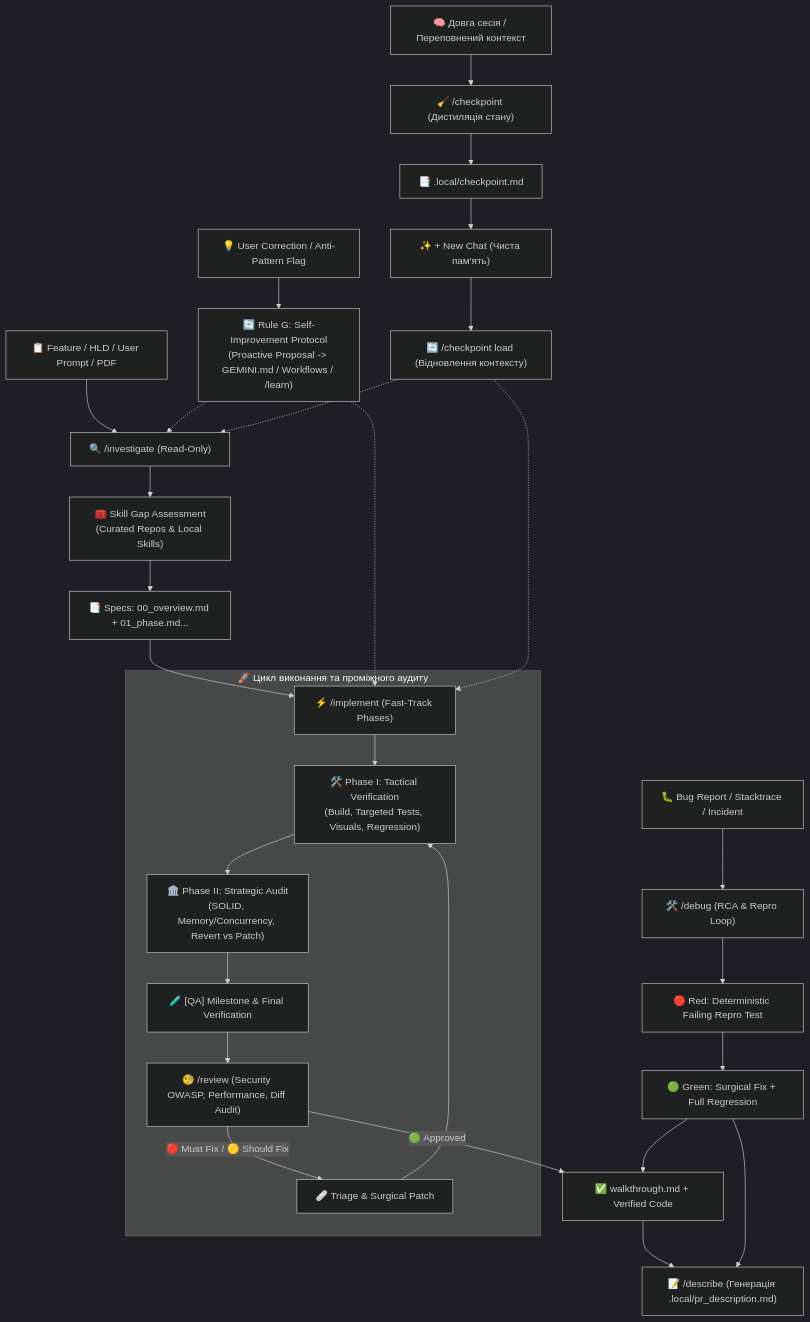
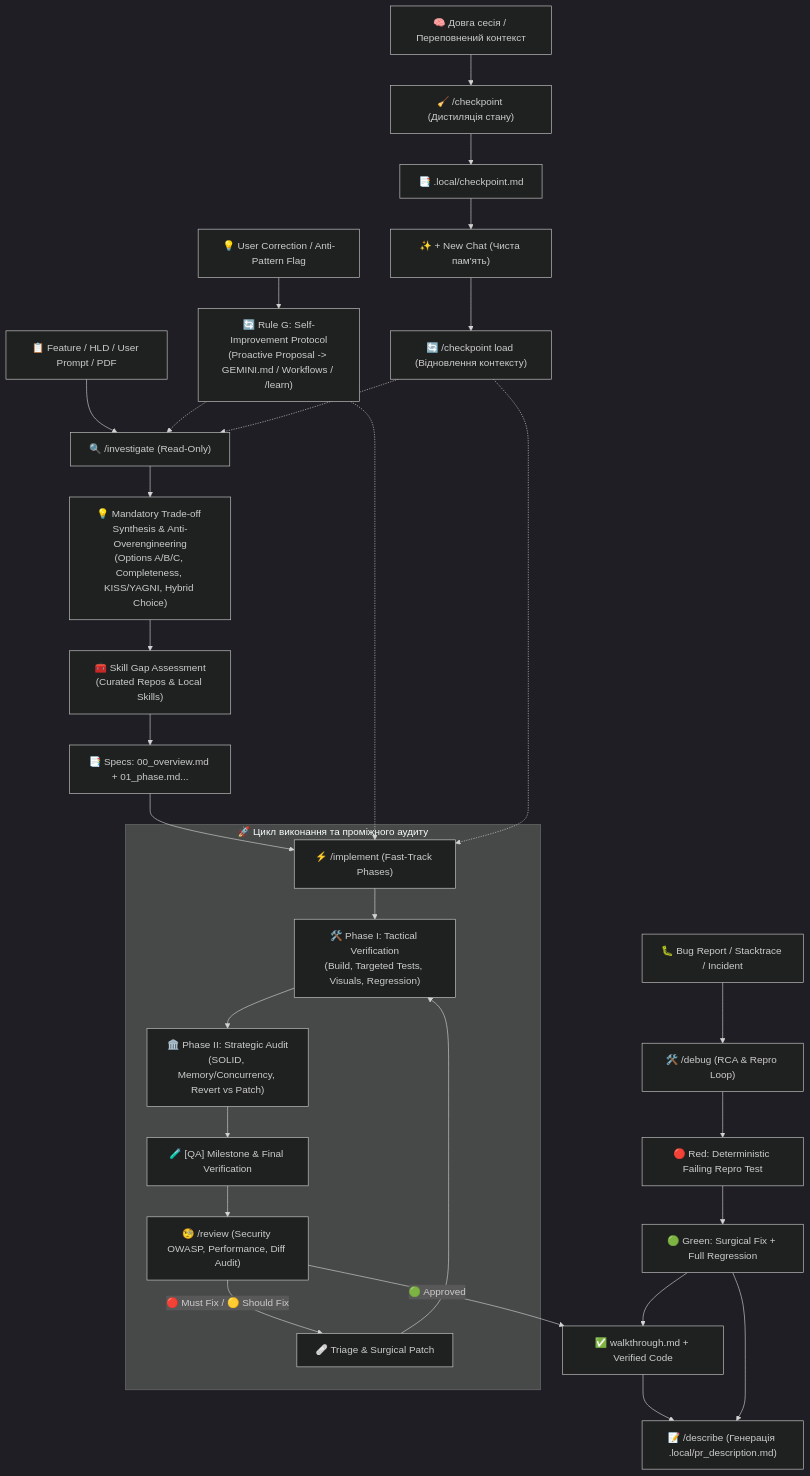
The diagram in README.md (nperepichka/Antigravity), drawn with Mermaid (dark theme) before and after one commit. The commit also changed other lines of this file and 1 other file, not shown here.

````diff
--- a/README.md
+++ b/README.md
@@ -9,36 +9,37 @@
 ```mermaid
 flowchart TD
     Task["📋 Feature / HLD / User Prompt / PDF"] --> Investigate["🔍 /investigate (Read-Only)"]
-    Investigate --> SkillDiscovery["🧰 Skill Gap Assessment\n(Curated Repos & Local Skills)"]
+    Investigate --> SolutionSynthesis["💡 Mandatory Trade-off Synthesis & Anti-Overengineering\n(Options A/B/C, Completeness, KISS/YAGNI, Hybrid Choice)"]
+    SolutionSynthesis --> SkillDiscovery["🧰 Skill Gap Assessment\n(Curated Repos & Local Skills)"]
     SkillDiscovery --> Specs["📑 Specs: 00_overview.md + 01_phase.md..."]
     Specs --> Implement["⚡ /implement (Fast-Track Phases)"]
     
     subgraph ExecutionGroup ["🚀 Цикл виконання та проміжного аудиту"]
         Implement --> Tactical["🛠️ Phase I: Tactical Verification\n(Build, Targeted Tests, Visuals, Regression)"]
         Tactical --> Strategic["🏛️ Phase II: Strategic Audit\n(SOLID, Memory/Concurrency, Revert vs Patch)"]
         Strategic --> MilestoneQA["🧪 [QA] Milestone & Final Verification"]
         MilestoneQA --> ReviewGate["🧐 /review (Security OWASP, Performance, Diff Audit)"]
         ReviewGate -->|🔴 Must Fix / 🟡 Should Fix| PatchLoop["🩹 Triage & Surgical Patch"]
         PatchLoop --> Tactical
     end
 
     ReviewGate -->|🟢 Approved| Walkthrough["✅ walkthrough.md + Verified Code"]
     Walkthrough --> Describe["📝 /describe (Генерація .local/pr_description.md)"]
 
     Bug["🐛 Bug Report / Stacktrace / Incident"] --> Debug["🛠️ /debug (RCA & Repro Loop)"]
     Debug --> RedTest["🔴 Red: Deterministic Failing Repro Test"]
     RedTest --> GreenFix["🟢 Green: Surgical Fix + Full Regression"]
     GreenFix --> Walkthrough
     GreenFix --> Describe
 
     UserFeedback["💡 User Correction / Anti-Pattern Flag"] --> RuleG["🔄 Rule G: Self-Improvement Protocol\n(Proactive Proposal -> GEMINI.md / Workflows / /learn)"]
     RuleG -.-> Investigate
     RuleG -.-> Implement
 
     ContextBloat["🧠 Довга сесія / Переповнений контекст"] --> CheckpointSave["🧹 /checkpoint (Дистиляція стану)"]
     CheckpointSave --> CheckpointFile["📑 .local/checkpoint.md"]
     CheckpointFile --> NewSession["✨ + New Chat (Чиста пам'ять)"]
     NewSession --> CheckpointLoad["🔄 /checkpoint load (Відновлення контексту)"]
     CheckpointLoad -.-> Investigate
     CheckpointLoad -.-> Implement
 ```
````
